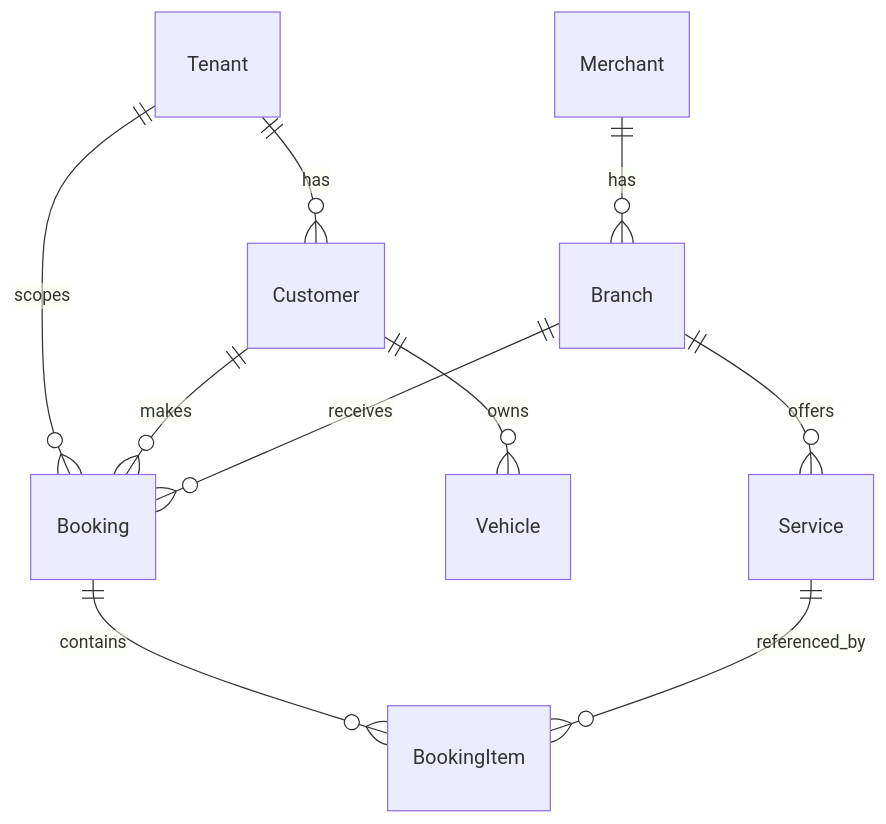
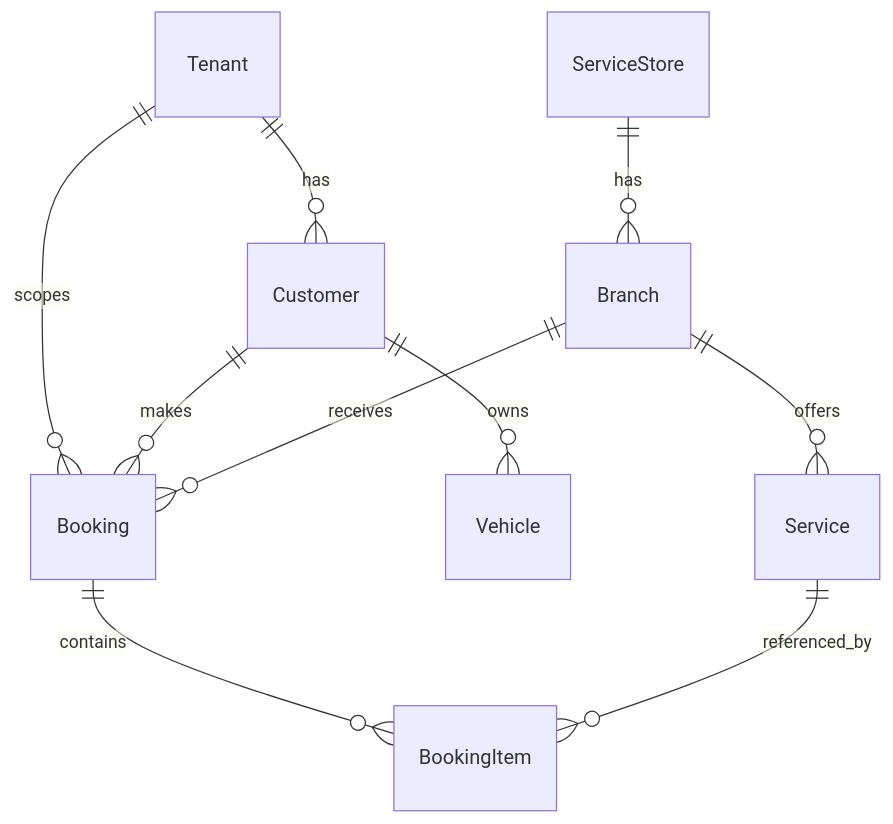
The first of 3 diagrams in docs/architecture/booking.md (plc-r-dev/autohub), drawn with Mermaid before and after one commit. The commit also changed other lines of this file and 286 other files, not shown here.

First line of the commit message:
refactor: complete merchant-to-ServiceStore rename and customer LIFF restructure

````diff
--- a/docs/architecture/booking.md
+++ b/docs/architecture/booking.md
@@ -7,12 +7,12 @@
 ```mermaid
 erDiagram
   Tenant ||--o{ Customer : has
   Tenant ||--o{ Booking : scopes
   Customer ||--o{ Vehicle : owns
   Customer ||--o{ Booking : makes
-  Merchant ||--o{ Branch : has
+  ServiceStore ||--o{ Branch : has
   Branch ||--o{ Service : offers
   Branch ||--o{ Booking : receives
   Booking ||--o{ BookingItem : contains
   Service ||--o{ BookingItem : referenced_by
 ```
````
